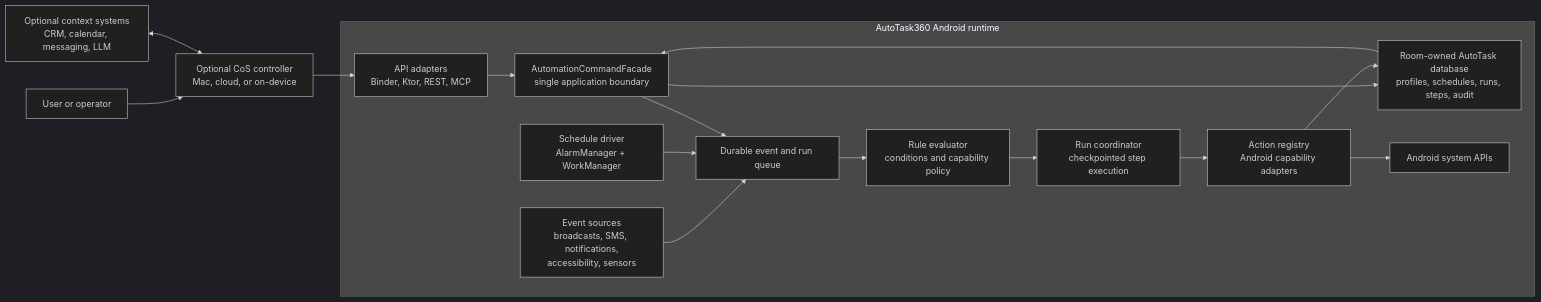
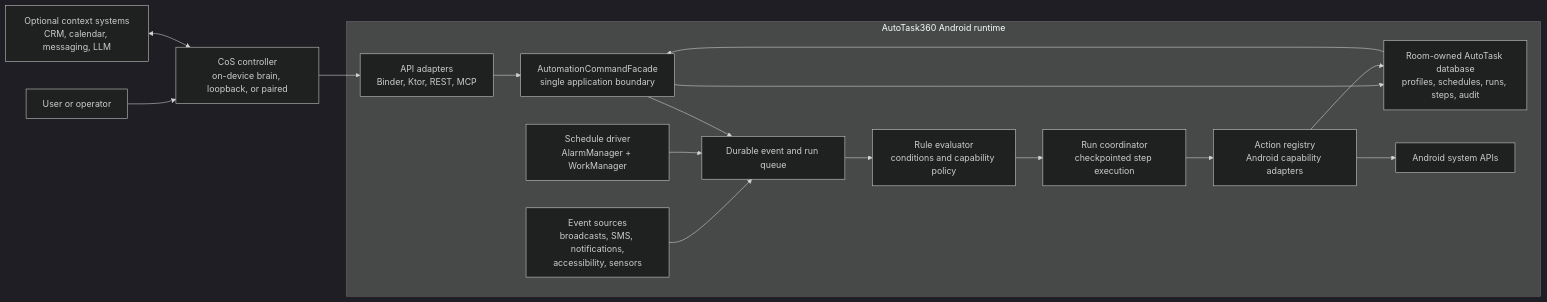
Before and after one commit to DSamuelHodge/AutoTask-360: the diagram in spec.md, drawn with Mermaid (dark theme). The commit also changed other lines of this file, not shown here.

````diff
--- a/spec.md
+++ b/spec.md
@@ -36,34 +39,34 @@
 ```mermaid
 flowchart LR
     User["User or operator"]
-    Cos["Optional CoS controller<br/>Mac, cloud, or on-device"]
+    Cos["CoS controller<br/>on-device brain, loopback, or paired"]
     Context["Optional context systems<br/>CRM, calendar, messaging, LLM"]
 
     subgraph Phone["AutoTask360 Android runtime"]
         Gateway["API adapters<br/>Binder, Ktor, REST, MCP"]
         Facade["AutomationCommandFacade<br/>single application boundary"]
         Sources["Event sources<br/>broadcasts, SMS, notifications,<br/>accessibility, sensors"]
         Scheduler["Schedule driver<br/>AlarmManager + WorkManager"]
         Queue["Durable event and run queue"]
         Rules["Rule evaluator<br/>conditions and capability policy"]
         Runs["Run coordinator<br/>checkpointed step execution"]
         Actions["Action registry<br/>Android capability adapters"]
         Store["Room-owned AutoTask database<br/>profiles, schedules, runs, steps, audit"]
         Android["Android system APIs"]
     end
 
     User --> Cos
     Context <--> Cos
     Cos --> Gateway
     Gateway --> Facade
     Sources --> Queue
     Scheduler --> Queue
     Facade --> Store
     Facade --> Queue
     Queue --> Rules
     Rules --> Runs
     Runs --> Actions
     Actions --> Android
     Actions --> Store
     Store --> Facade
 ```
````
